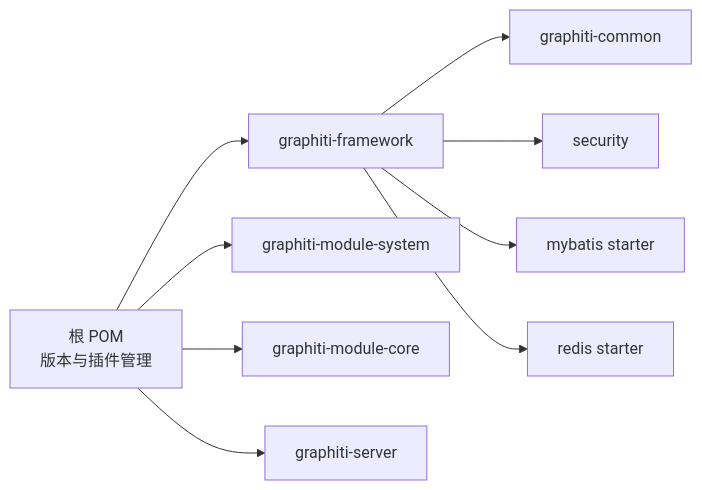
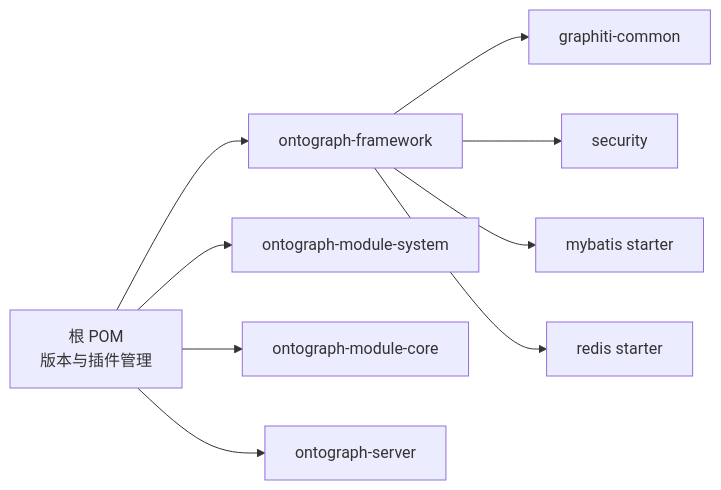
The fourth of 4 diagrams in docs/manual/最佳实践/架构设计实践.md (joezxh/graphiti-java), drawn with Mermaid before and after one commit. The commit also changed other lines of this file and 200 other files, not shown here.

````diff
--- a/docs/manual/最佳实践/架构设计实践.md
+++ b/docs/manual/最佳实践/架构设计实践.md
@@ -257,11 +257,11 @@
 ```mermaid
 graph LR
-ROOT["根 POM<br/>版本与插件管理"] --> FW["graphiti-framework"]
-ROOT --> SYS["graphiti-module-system"]
-ROOT --> CORE["graphiti-module-core"]
-ROOT --> SRV["graphiti-server"]
+ROOT["根 POM<br/>版本与插件管理"] --> FW["ontograph-framework"]
+ROOT --> SYS["ontograph-module-system"]
+ROOT --> CORE["ontograph-module-core"]
+ROOT --> SRV["ontograph-server"]
 FW --> COMMON["graphiti-common"]
 FW --> SEC["security"]
 FW --> MB["mybatis starter"]
 FW --> REDIS["redis starter"]
 ```
````
